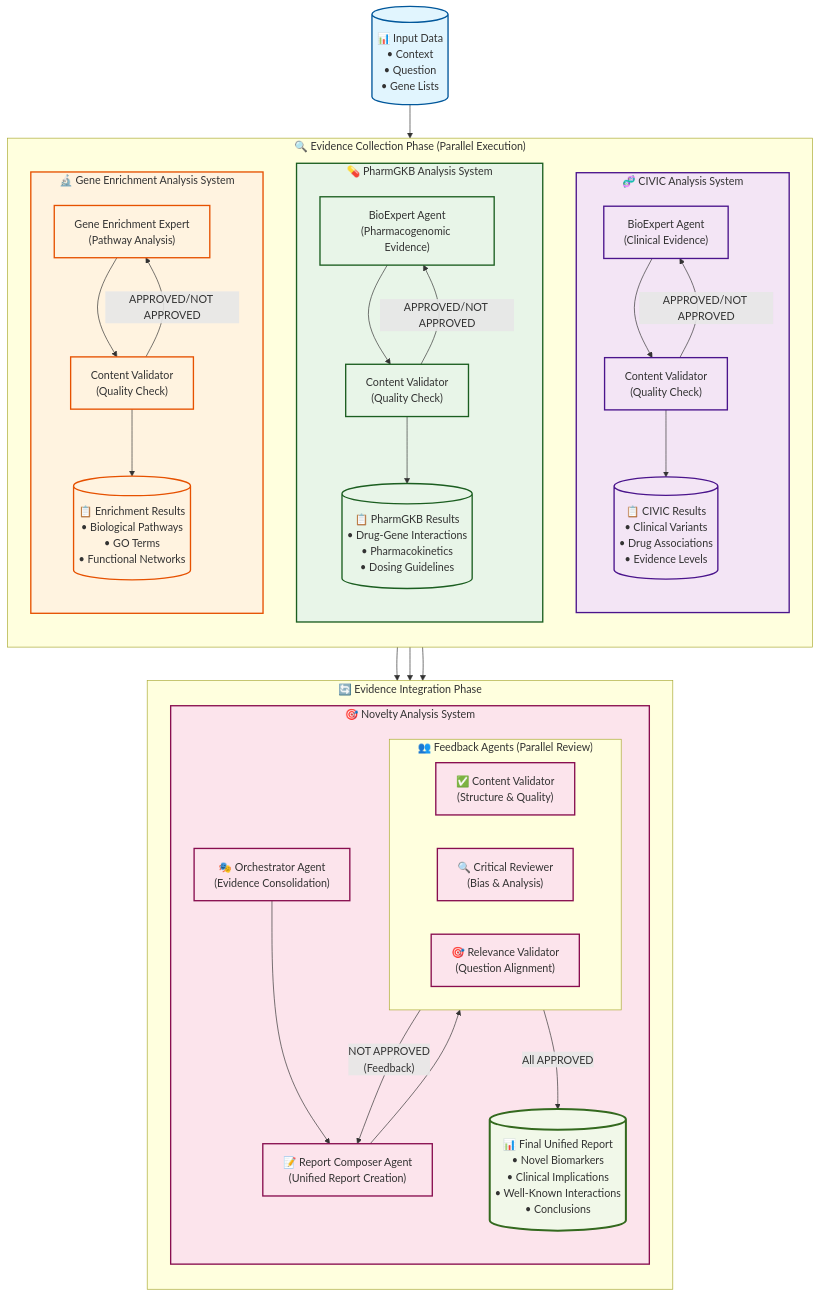
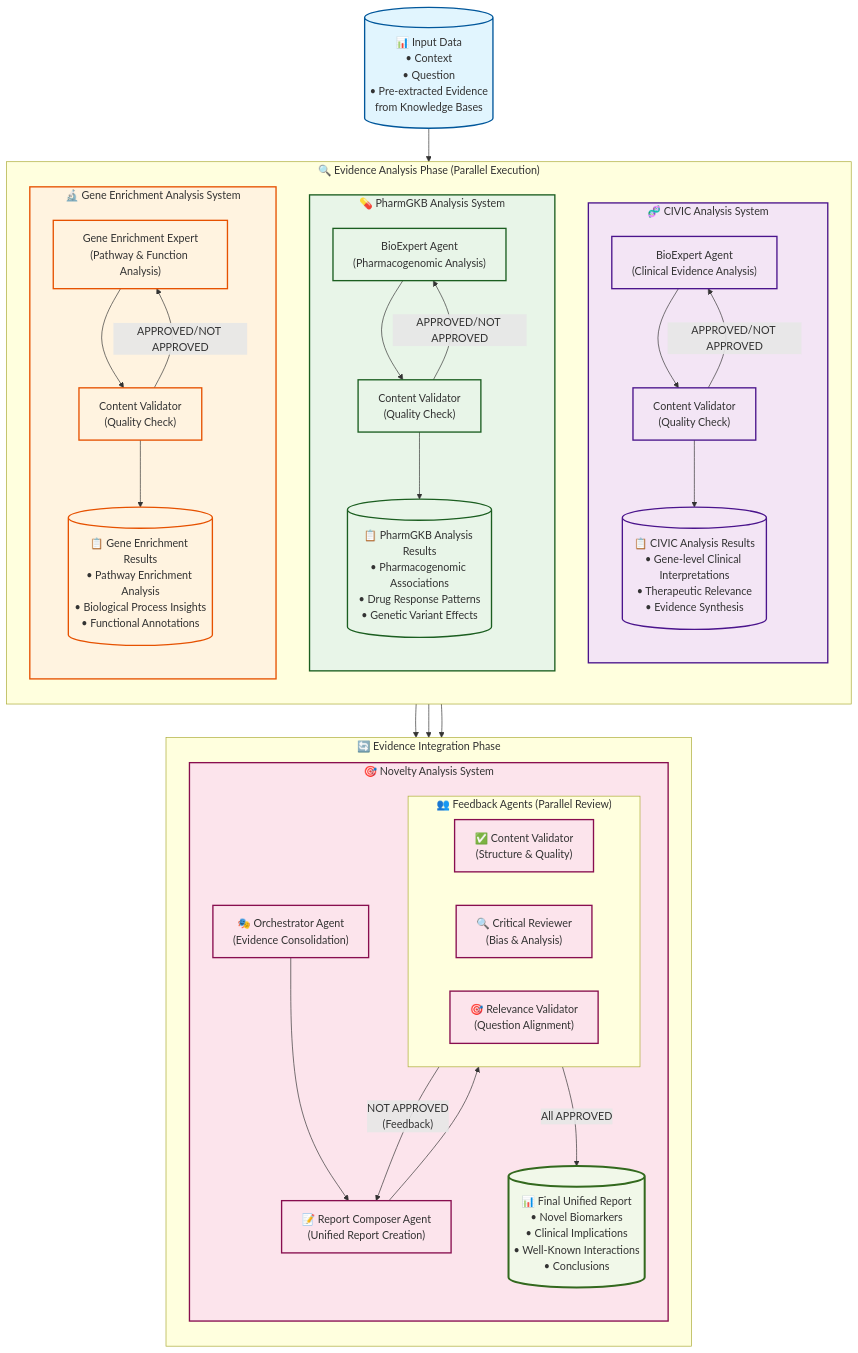
Before and after one commit to mjr-uom/CEE_DART_Navigator-main: the diagram in agent_orchestration_diagram.md, drawn with Mermaid. The commit also changed other lines of this file and 3 other files, not shown here.

Commit message:
diagram update

````diff
--- a/agent_orchestration_diagram.md
+++ b/agent_orchestration_diagram.md
@@ -5,42 +5,42 @@
 ```mermaid
 flowchart TD
     %% Input Data
-    Input[("📊 Input Data<br/>• Context<br/>• Question<br/>• Gene Lists")]
+    Input[("📊 Input Data<br/>• Context<br/>• Question<br/>• Pre-extracted Evidence<br/>from Knowledge Bases")]
     
     %% Evidence Collection Phase
-    subgraph Evidence["🔍 Evidence Collection Phase (Parallel Execution)"]
+    subgraph Evidence["🔍 Evidence Analysis Phase (Parallel Execution)"]
         direction TB
         
         %% CIVIC System
         subgraph CIVIC["🧬 CIVIC Analysis System"]
             direction TB
-            C_Bio["BioExpert Agent<br/>(Clinical Evidence)"]
+            C_Bio["BioExpert Agent<br/>(Clinical Evidence Analysis)"]
             C_Eval["Content Validator<br/>(Quality Check)"]
             C_Bio --> C_Eval
             C_Eval -->|"APPROVED/NOT APPROVED"| C_Bio
-            C_Result[("📋 CIVIC Results<br/>• Clinical Variants<br/>• Drug Associations<br/>• Evidence Levels")]
+            C_Result[("📋 CIVIC Analysis Results<br/>• Gene-level Clinical Interpretations<br/>• Therapeutic Relevance<br/>• Evidence Synthesis")]
             C_Eval --> C_Result
         end
         
         %% PharmGKB System  
         subgraph PharmGKB["💊 PharmGKB Analysis System"]
             direction TB
-            P_Bio["BioExpert Agent<br/>(Pharmacogenomic Evidence)"]
+            P_Bio["BioExpert Agent<br/>(Pharmacogenomic Analysis)"]
             P_Eval["Content Validator<br/>(Quality Check)"]
             P_Bio --> P_Eval
             P_Eval -->|"APPROVED/NOT APPROVED"| P_Bio
-            P_Result[("📋 PharmGKB Results<br/>• Drug-Gene Interactions<br/>• Pharmacokinetics<br/>• Dosing Guidelines")]
+            P_Result[("📋 PharmGKB Analysis Results<br/>• Pharmacogenomic Associations<br/>• Drug Response Patterns<br/>• Genetic Variant Effects")]
             P_Eval --> P_Result
         end
         
         %% GProfiler System
         subgraph GProfiler["🔬 Gene Enrichment Analysis System"]
             direction TB
-            G_Bio["Gene Enrichment Expert<br/>(Pathway Analysis)"]
+            G_Bio["Gene Enrichment Expert<br/>(Pathway & Function Analysis)"]
             G_Eval["Content Validator<br/>(Quality Check)"]
             G_Bio --> G_Eval
             G_Eval -->|"APPROVED/NOT APPROVED"| G_Bio
-            G_Result[("📋 Enrichment Results<br/>• Biological Pathways<br/>• GO Terms<br/>• Functional Networks")]
+            G_Result[("📋 Gene Enrichment Results<br/>• Pathway Enrichment Analysis<br/>• Biological Process Insights<br/>• Functional Annotations")]
             G_Eval --> G_Result
         end
     end
````
